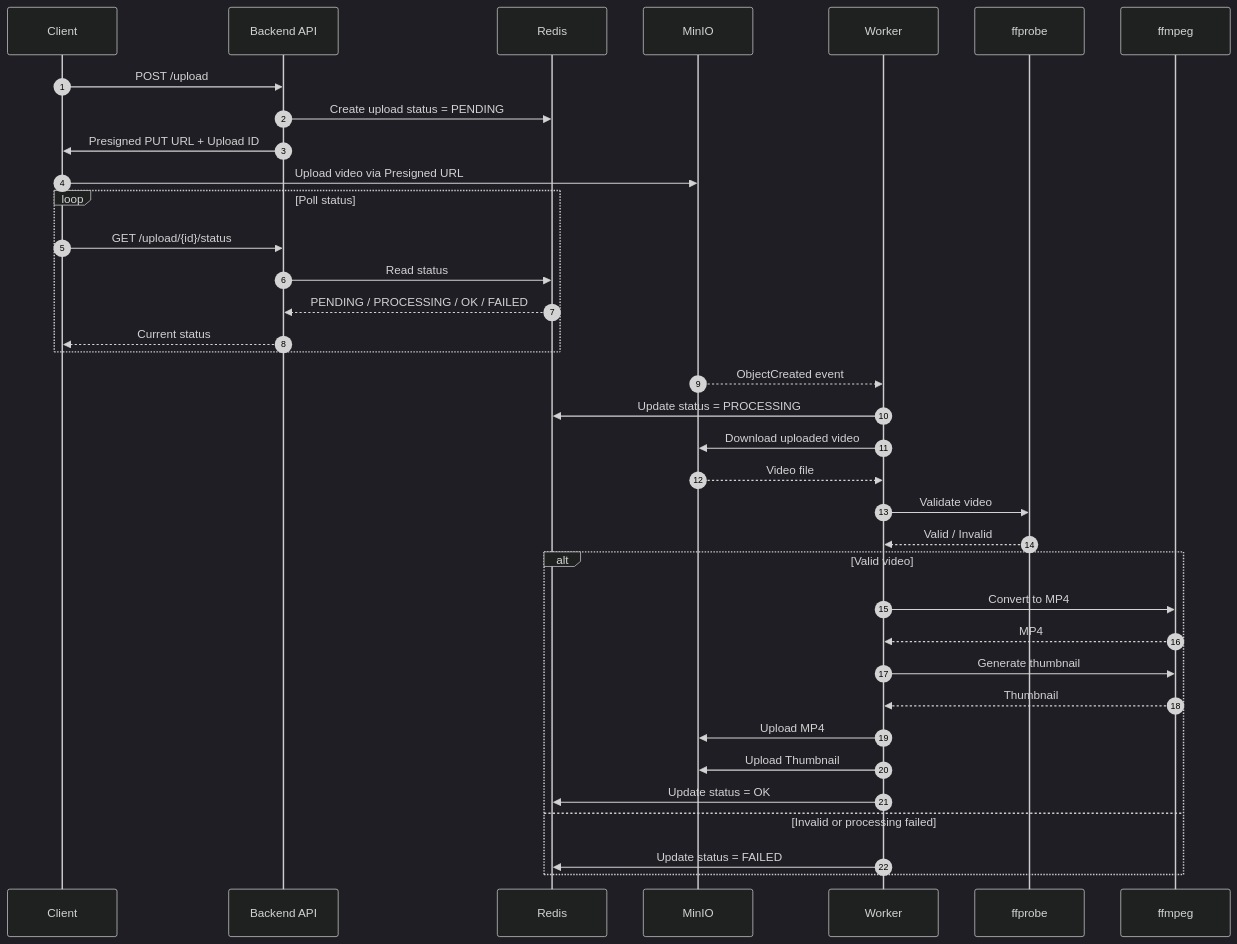
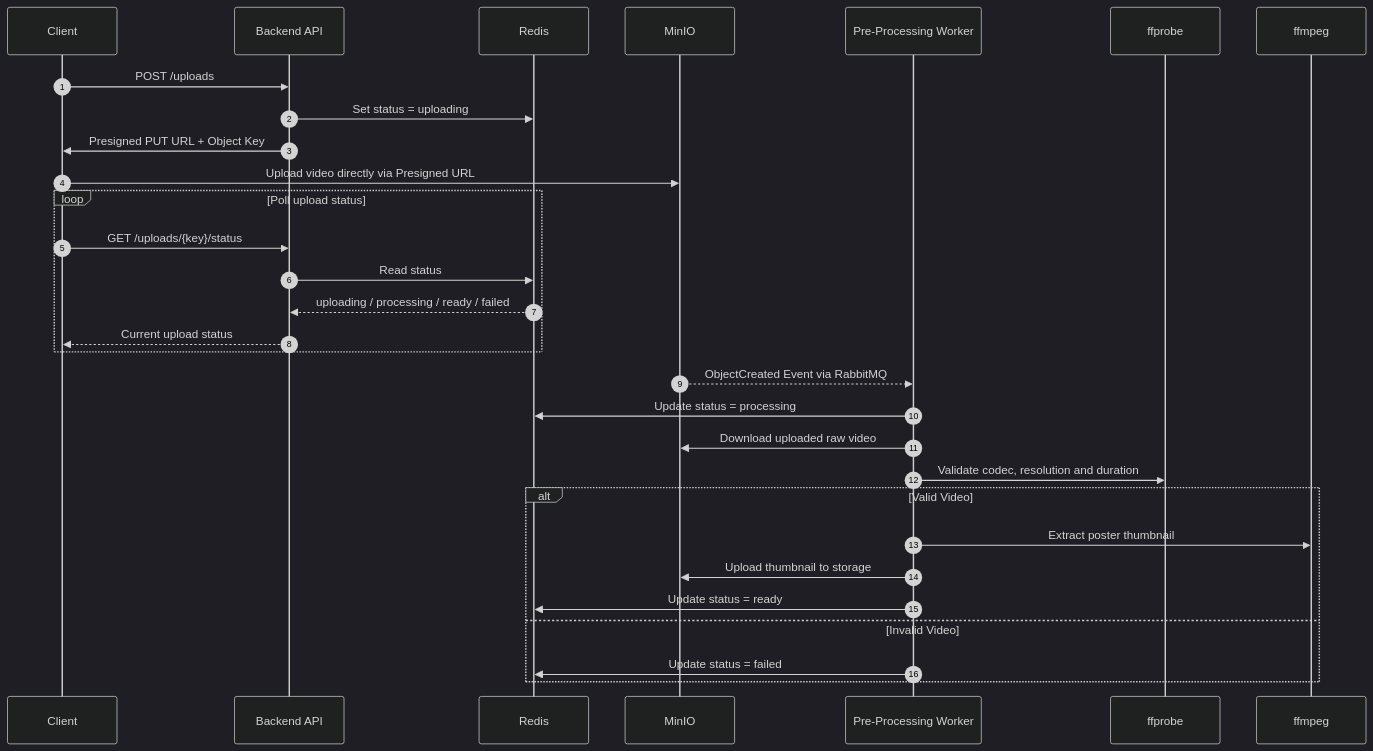
Before and after one commit to labib0x9/FFgif: the second of 3 diagrams in README.md, drawn with Mermaid (dark theme). The commit also changed other lines of this file, not shown here.

Commit message:
docs: comprehensive update to README (overview, architecture diagrams, tech stack, project structure, and API overview)

````diff
--- a/README.md
+++ b/README.md
@@ -85,50 +140,39 @@
 ```mermaid
 sequenceDiagram
     autonumber
 
     participant Client
     participant API as Backend API
     participant Redis
     participant MinIO as MinIO
-    participant Worker
+    participant Worker as Pre-Processing Worker
     participant FFProbe as ffprobe
     participant FFmpeg as ffmpeg
 
-    Client->>API: POST /upload
-    API->>Redis: Create upload status = PENDING
-    API->>Client: Presigned PUT URL + Upload ID
+    Client->>API: POST /uploads
+    API->>Redis: Set status = uploading
+    API->>Client: Presigned PUT URL + Object Key
 
-    Client->>MinIO: Upload video via Presigned URL
+    Client->>MinIO: Upload video directly via Presigned URL
 
-    loop Poll status
-        Client->>API: GET /upload/{id}/status
+    loop Poll upload status
+        Client->>API: GET /uploads/{key}/status
         API->>Redis: Read status
-        Redis-->>API: PENDING / PROCESSING / OK / FAILED
-        API-->>Client: Current status
+        Redis-->>API: uploading / processing / ready / failed
+        API-->>Client: Current upload status
     end
 
-    MinIO-->>Worker: ObjectCreated event
+    MinIO-->>Worker: ObjectCreated Event via RabbitMQ
 
-    Worker->>Redis: Update status = PROCESSING
-
-    Worker->>MinIO: Download uploaded video
-    MinIO-->>Worker: Video file
-
-    Worker->>FFProbe: Validate video
-    FFProbe-->>Worker: Valid / Invalid
-
-    alt Valid video
-        Worker->>FFmpeg: Convert to MP4
-        FFmpeg-->>Worker: MP4
-
-        Worker->>FFmpeg: Generate thumbnail
-        FFmpeg-->>Worker: Thumbnail
-
-        Worker->>MinIO: Upload MP4
-        Worker->>MinIO: Upload Thumbnail
-
-        Worker->>Redis: Update status = OK
-    else Invalid or processing failed
-        Worker->>Redis: Update status = FAILED
+    Worker->>Redis: Update status = processing
+    Worker->>MinIO: Download uploaded raw video
+    Worker->>FFProbe: Validate codec, resolution and duration
+    
+    alt Valid Video
+        Worker->>FFmpeg: Extract poster thumbnail
+        Worker->>MinIO: Upload thumbnail to storage
+        Worker->>Redis: Update status = ready
+    else Invalid Video
+        Worker->>Redis: Update status = failed
     end
 ```
````
